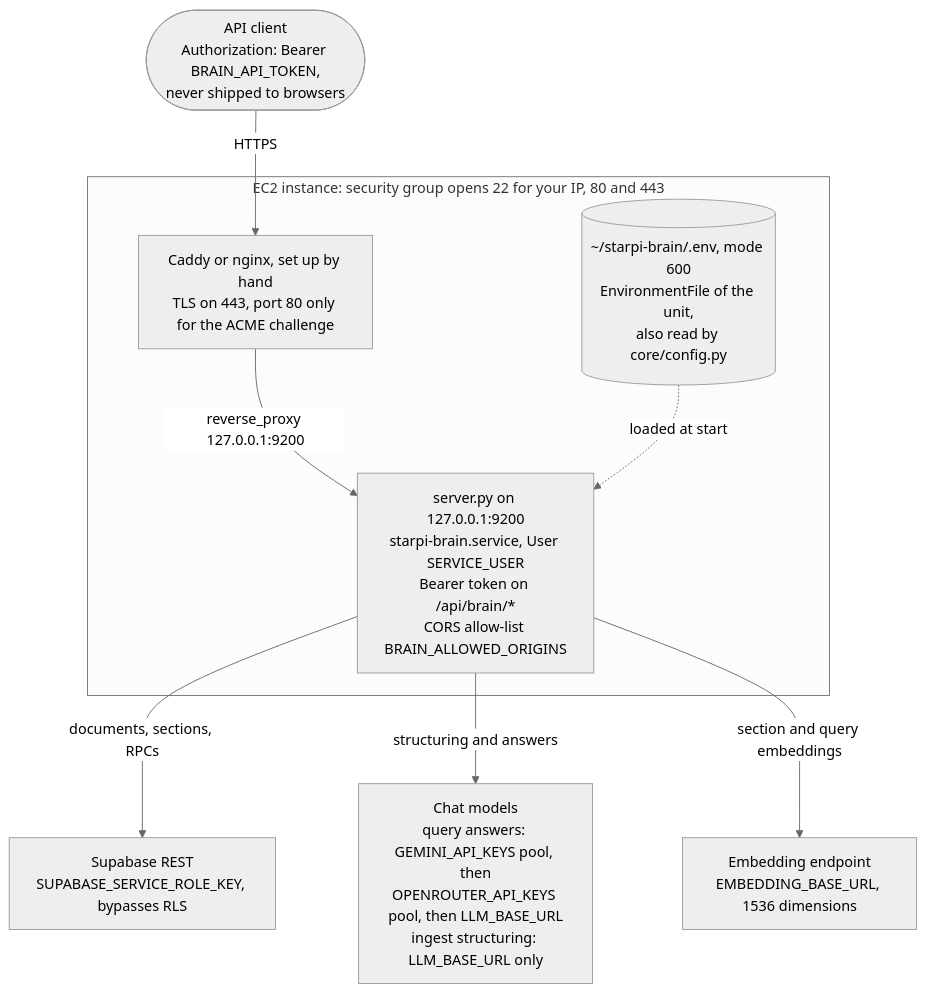
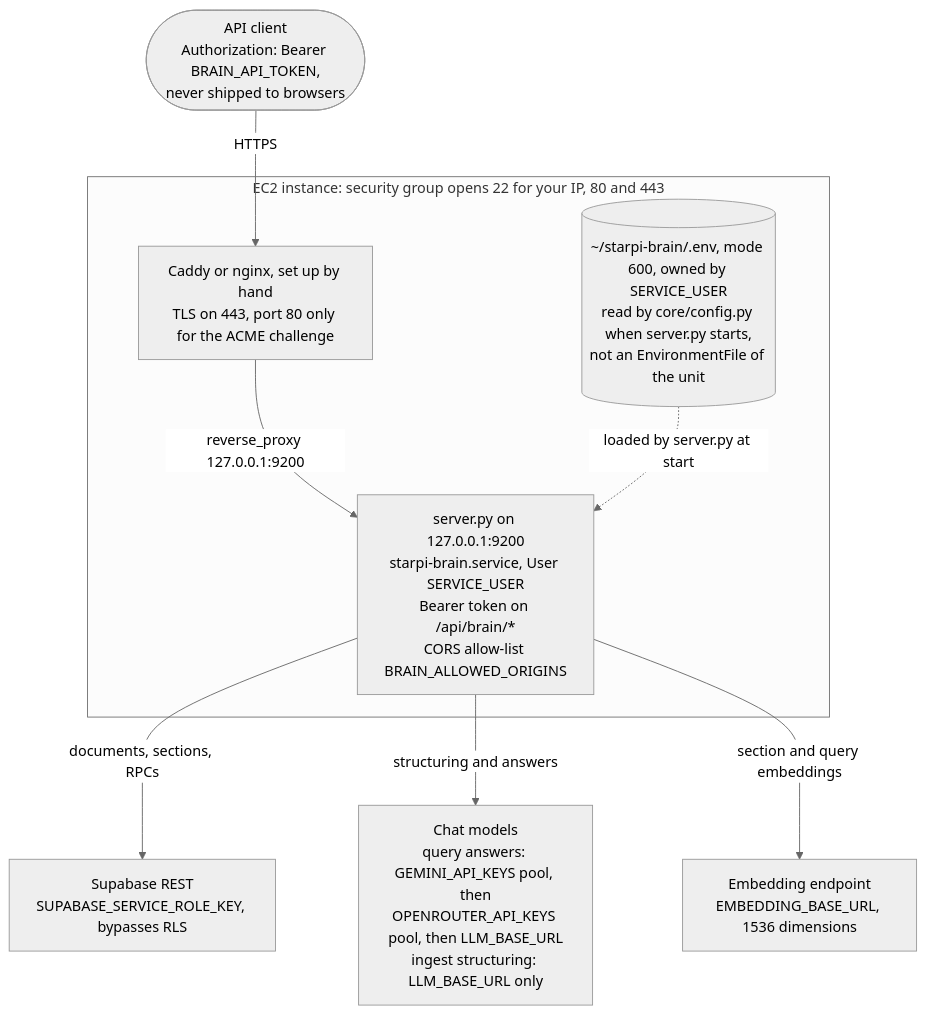
Before and after one commit to umutcantezgel-cpu/Starpi: the first of 2 diagrams in backend/aws/cloud_architecture.md, drawn with Mermaid (neutral theme). The commit also changed other lines of this file and 5 other files, not shown here.

First line of the commit message:
docs: update the diagrams for the settings, reconnect, chat and backend fixes

````diff
--- a/backend/aws/cloud_architecture.md
+++ b/backend/aws/cloud_architecture.md
@@ -11,19 +11,19 @@
 ```mermaid
 flowchart TD
     client(["API client<br/>Authorization: Bearer BRAIN_API_TOKEN,<br/>never shipped to browsers"])
     subgraph ec2["EC2 instance: security group opens 22 for your IP, 80 and 443"]
         proxy["Caddy or nginx, set up by hand<br/>TLS on 443, port 80 only for the ACME challenge"]
         server["server.py on 127.0.0.1:9200<br/>starpi-brain.service, User SERVICE_USER<br/>Bearer token on /api/brain/*<br/>CORS allow-list BRAIN_ALLOWED_ORIGINS"]
-        envf[("~/starpi-brain/.env, mode 600<br/>EnvironmentFile of the unit,<br/>also read by core/config.py")]
+        envf[("~/starpi-brain/.env, mode 600, owned by SERVICE_USER<br/>read by core/config.py when server.py starts,<br/>not an EnvironmentFile of the unit")]
     end
     supa["Supabase REST<br/>SUPABASE_SERVICE_ROLE_KEY, bypasses RLS"]
     llm["Chat models<br/>query answers: GEMINI_API_KEYS pool, then<br/>OPENROUTER_API_KEYS pool, then LLM_BASE_URL<br/>ingest structuring: LLM_BASE_URL only"]
     emb["Embedding endpoint<br/>EMBEDDING_BASE_URL, 1536 dimensions"]
 
     client -->|"HTTPS"| proxy
     proxy -->|"reverse_proxy 127.0.0.1:9200"| server
-    envf -.->|"loaded at start"| server
+    envf -.->|"loaded by server.py at start"| server
     server -->|"documents, sections, RPCs"| supa
     server -->|"structuring and answers"| llm
     server -->|"section and query embeddings"| emb
 ```
````
